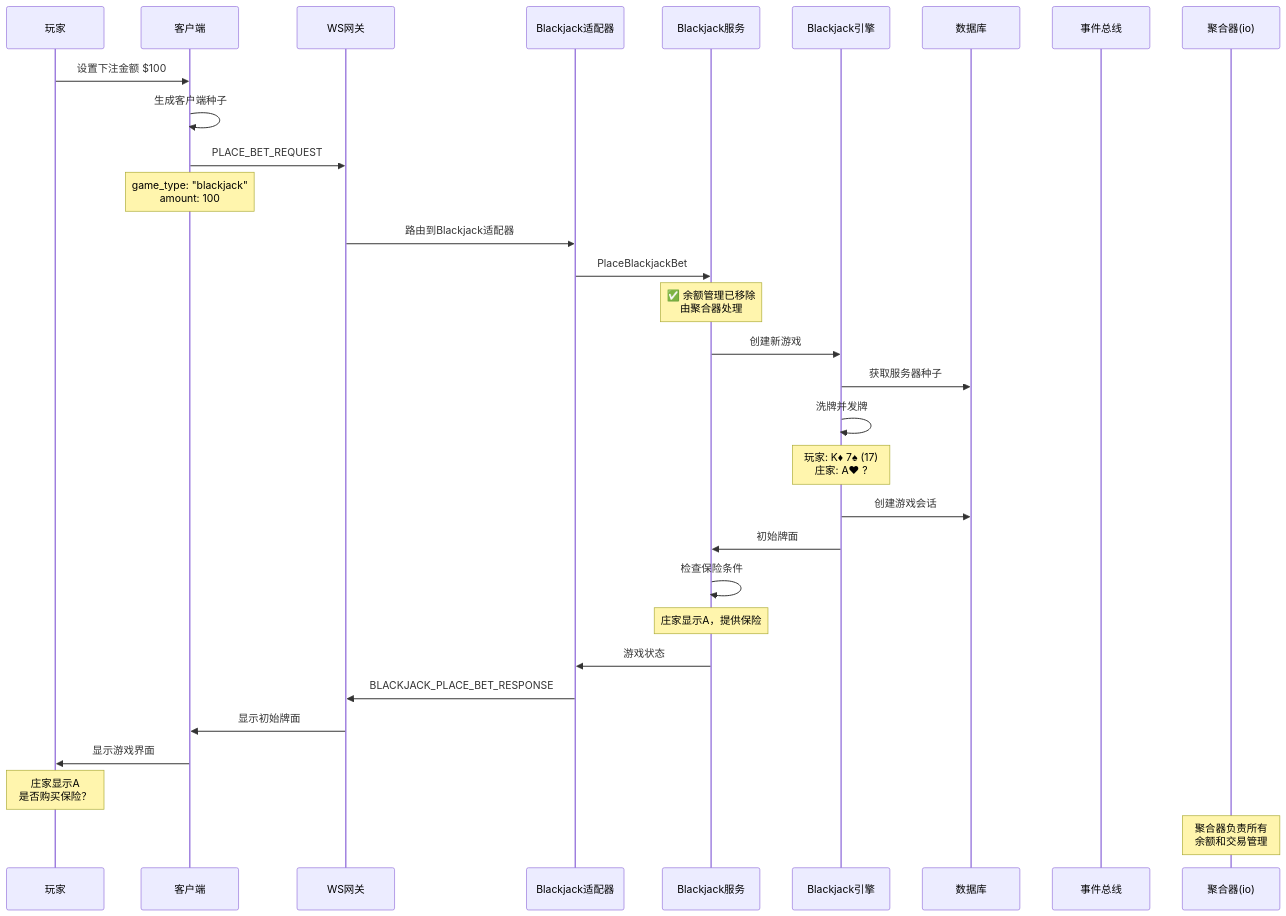
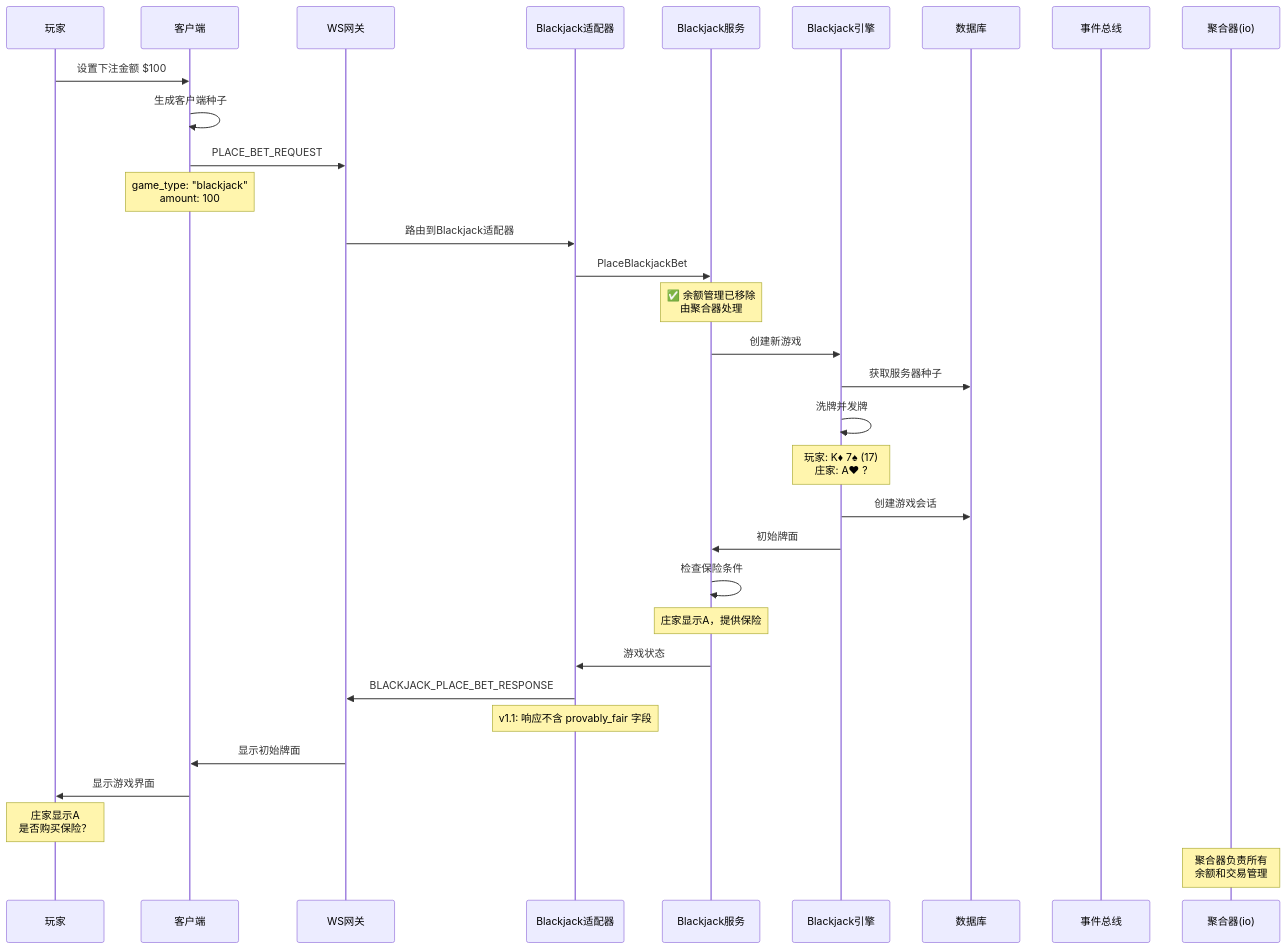
One commit to infigaming-com/invoker-gh-pages changed the fifth of 29 diagrams in sequence-diagrams-zh.md. Above: the diagram before and after it, drawn with Mermaid. The commit also changed other lines of this file and 4 other files, not shown here.

````diff
--- a/sequence-diagrams-zh.md
+++ b/sequence-diagrams-zh.md
@@ -241,42 +242,43 @@
 ```mermaid
 sequenceDiagram
     participant Player as 玩家
     participant Client as 客户端
     participant WSGateway as WS网关
     participant BJAdapter as Blackjack适配器
     participant BJService as Blackjack服务
     participant BJEngine as Blackjack引擎
     participant Database as 数据库
     participant EventBus as 事件总线
     participant Aggregator as 聚合器(io)
 
     Player->>Client: 设置下注金额 $100
     Client->>Client: 生成客户端种子
     Client->>WSGateway: PLACE_BET_REQUEST
     Note over Client: game_type: "blackjack"<br/>amount: 100
 
     WSGateway->>BJAdapter: 路由到Blackjack适配器
     BJAdapter->>BJService: PlaceBlackjackBet
     
     Note over BJService: ✅ 余额管理已移除<br/>由聚合器处理
     
     BJService->>BJEngine: 创建新游戏
     BJEngine->>Database: 获取服务器种子
     BJEngine->>BJEngine: 洗牌并发牌
     Note over BJEngine: 玩家: K♦ 7♠ (17)<br/>庄家: A♥ ?
     
     BJEngine->>Database: 创建游戏会话
     BJEngine->>BJService: 初始牌面
     
     BJService->>BJService: 检查保险条件
     Note over BJService: 庄家显示A，提供保险
     
     BJService->>BJAdapter: 游戏状态
     BJAdapter->>WSGateway: BLACKJACK_PLACE_BET_RESPONSE
+    Note over BJAdapter: v1.1: 响应不含 provably_fair 字段
     WSGateway->>Client: 显示初始牌面
     
     Client->>Player: 显示游戏界面
     Note over Player: 庄家显示A<br/>是否购买保险？
 
     Note over Aggregator: 聚合器负责所有<br/>余额和交易管理
 ```
````
